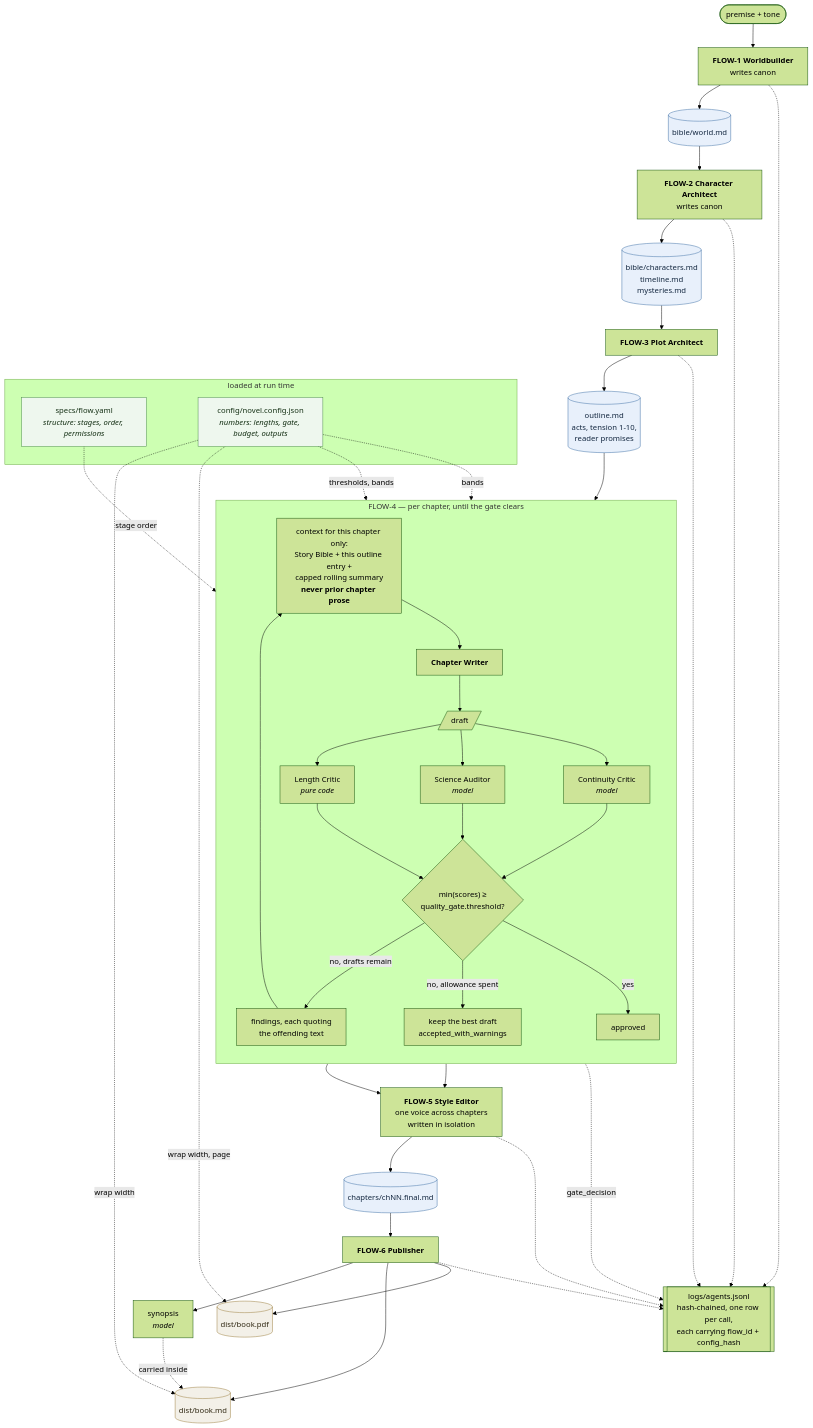
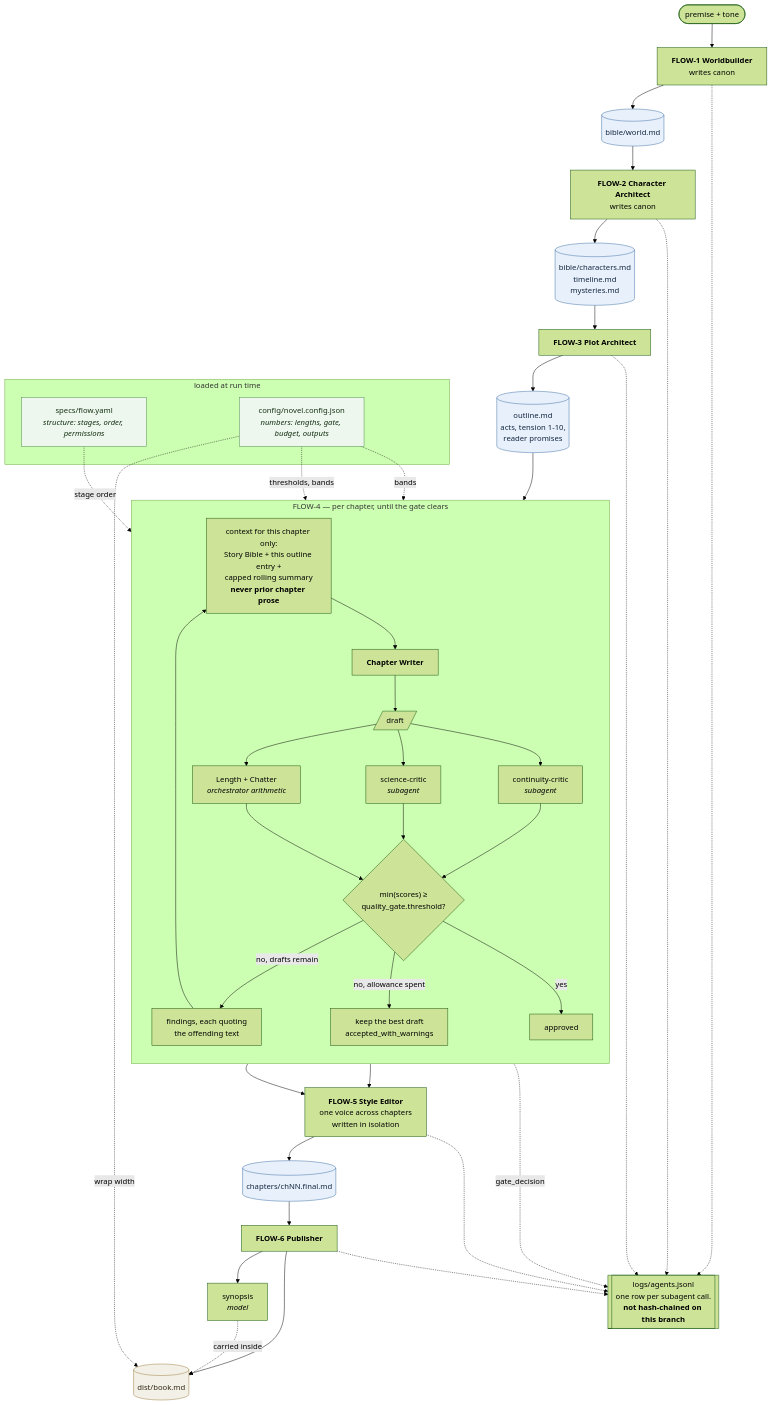
Before and after one commit to davidcalham12/Harness-prueba1: the diagram in docs/novaforge_flow.mermaid, drawn with Mermaid (forest theme). The commit also changed 164 other files, not shown here.

```diff
--- a/docs/novaforge_flow.mermaid
+++ b/docs/novaforge_flow.mermaid
@@ -1,66 +1,64 @@
 %% NovaForge pipeline.
 %% This diagram is documentation. The executable version is specs/flow.yaml,
-%% which the orchestrator loads and runs; if the two ever disagree, the YAML is
+%% which the orchestrator reads and executes; if the two ever disagree, the YAML is
 %% what actually happens and this file is the bug.
 flowchart TD
     subgraph SPEC["loaded at run time"]
         FLOWYAML["specs/flow.yaml<br/><i>structure: stages, order, permissions</i>"]
         CONFIG["config/novel.config.json<br/><i>numbers: lengths, gate, budget, outputs</i>"]
     end
 
     PREMISE(["premise + tone"]) --> F1
 
     F1["<b>FLOW-1 Worldbuilder</b><br/>writes canon"] --> WORLD[("bible/world.md")]
     WORLD --> F2
     F2["<b>FLOW-2 Character Architect</b><br/>writes canon"] --> CAST[("bible/characters.md<br/>timeline.md<br/>mysteries.md")]
     CAST --> F3
     F3["<b>FLOW-3 Plot Architect</b>"] --> OUTLINE[("outline.md<br/>acts, tension 1-10,<br/>reader promises")]
 
     OUTLINE --> LOOP
 
     subgraph LOOP["FLOW-4 — per chapter, until the gate clears"]
         direction TB
         CTX["context for this chapter only:<br/>Story Bible + this outline entry +<br/>capped rolling summary<br/><b>never prior chapter prose</b>"]
         CTX --> WRITE["<b>Chapter Writer</b>"]
         WRITE --> DRAFT[/"draft"/]
-        DRAFT --> C1["Continuity Critic<br/><i>model</i>"]
-        DRAFT --> C2["Science Auditor<br/><i>model</i>"]
-        DRAFT --> C3["Length Critic<br/><i>pure code</i>"]
+        DRAFT --> C1["continuity-critic<br/><i>subagent</i>"]
+        DRAFT --> C2["science-critic<br/><i>subagent</i>"]
+        DRAFT --> C3["Length + Chatter<br/><i>orchestrator arithmetic</i>"]
         C1 --> GATE{"min(scores) &ge;<br/>quality_gate.threshold?"}
         C2 --> GATE
         C3 --> GATE
         GATE -- "no, drafts remain" --> FIX["findings, each quoting<br/>the offending text"]
         FIX --> CTX
         GATE -- "no, allowance spent" --> WARN["keep the best draft<br/>accepted_with_warnings"]
         GATE -- "yes" --> OK["approved"]
     end
 
     OK --> F5
     WARN --> F5
     F5["<b>FLOW-5 Style Editor</b><br/>one voice across chapters<br/>written in isolation"] --> FINAL[("chapters/chNN.final.md")]
     FINAL --> F6
     F6["<b>FLOW-6 Publisher</b>"] --> SYN["synopsis<br/><i>model</i>"]
     F6 --> MD[("dist/book.md")]
-    F6 --> PDF[("dist/book.pdf")]
     SYN -.->|carried inside| MD
 
-    AUDIT[["logs/agents.jsonl<br/>hash-chained, one row per call,<br/>each carrying flow_id + config_hash"]]
+    AUDIT[["logs/agents.jsonl<br/>one row per subagent call.<br/><b>not hash-chained on this branch</b>"]]
     F1 -.-> AUDIT
     F2 -.-> AUDIT
     F3 -.-> AUDIT
     GATE -.->|gate_decision| AUDIT
     F5 -.-> AUDIT
     F6 -.-> AUDIT
 
     FLOWYAML -.->|stage order| LOOP
     CONFIG -.->|thresholds, bands| GATE
     CONFIG -.->|wrap width| MD
-    CONFIG -.->|wrap width, page| PDF
     CONFIG -.->|bands| C3
 
     classDef canon fill:#e8f0fb,stroke:#3b6ea5,color:#12263f;
     classDef artefact fill:#f3f0e8,stroke:#9a7d3b,color:#2f2712;
     classDef spec fill:#eef7ee,stroke:#4a8a4a,color:#153015;
     class WORLD,CAST,OUTLINE,FINAL canon;
-    class MD,PDF artefact;
+    class MD artefact;
     class FLOWYAML,CONFIG spec;
```
